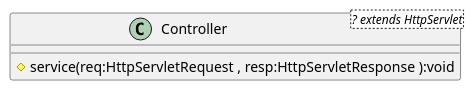
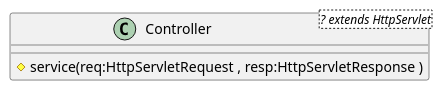
The diagram in src/main/java/br/com/ifsp/lds/controller/Controller.puml (joseguilhermeromano/UFABC), drawn with PlantUML before and after one commit. The commit also changed 13 other files, not shown here.

```diff
--- a/src/main/java/br/com/ifsp/lds/controller/Controller.puml
+++ b/src/main/java/br/com/ifsp/lds/controller/Controller.puml
@@ -1,9 +1,9 @@
 @startuml
 
 class Controller <? extends HttpServlet>{
 
-    #service(req:HttpServletRequest , resp:HttpServletResponse ):void
+    #service(req:HttpServletRequest , resp:HttpServletResponse )
         
 }
 
 @enduml
```
